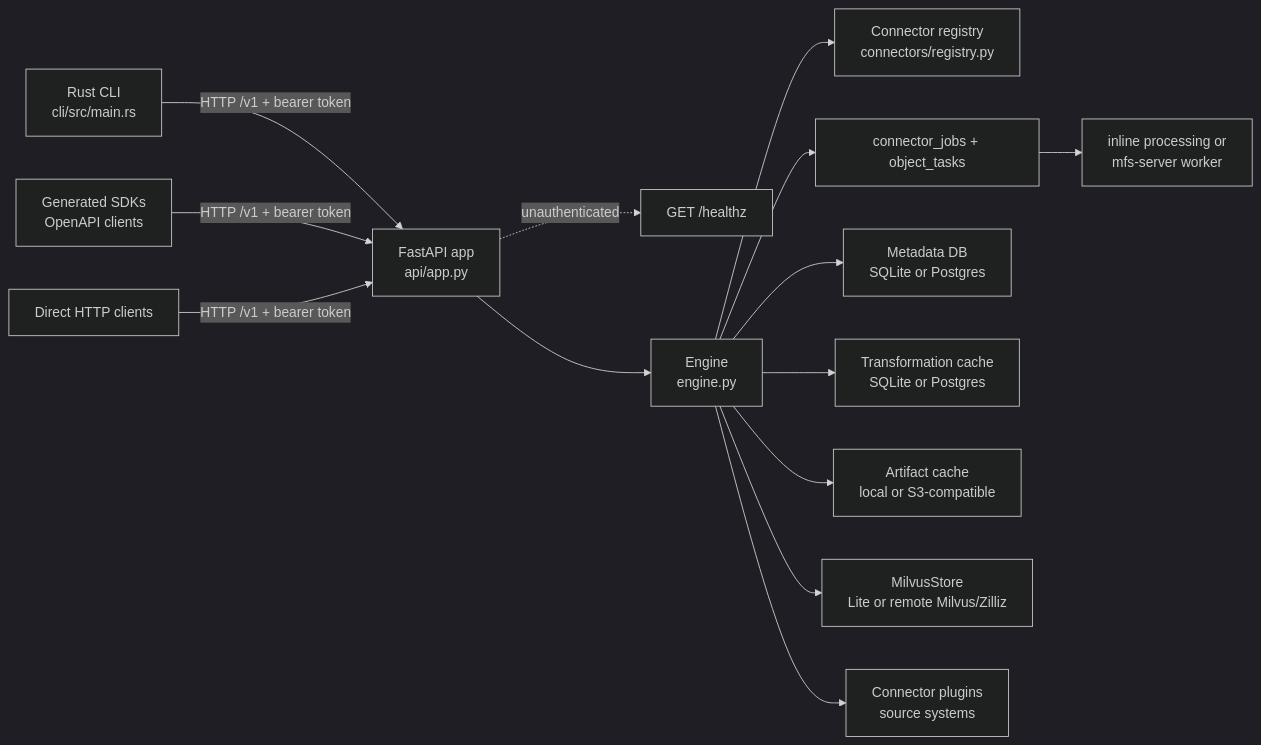
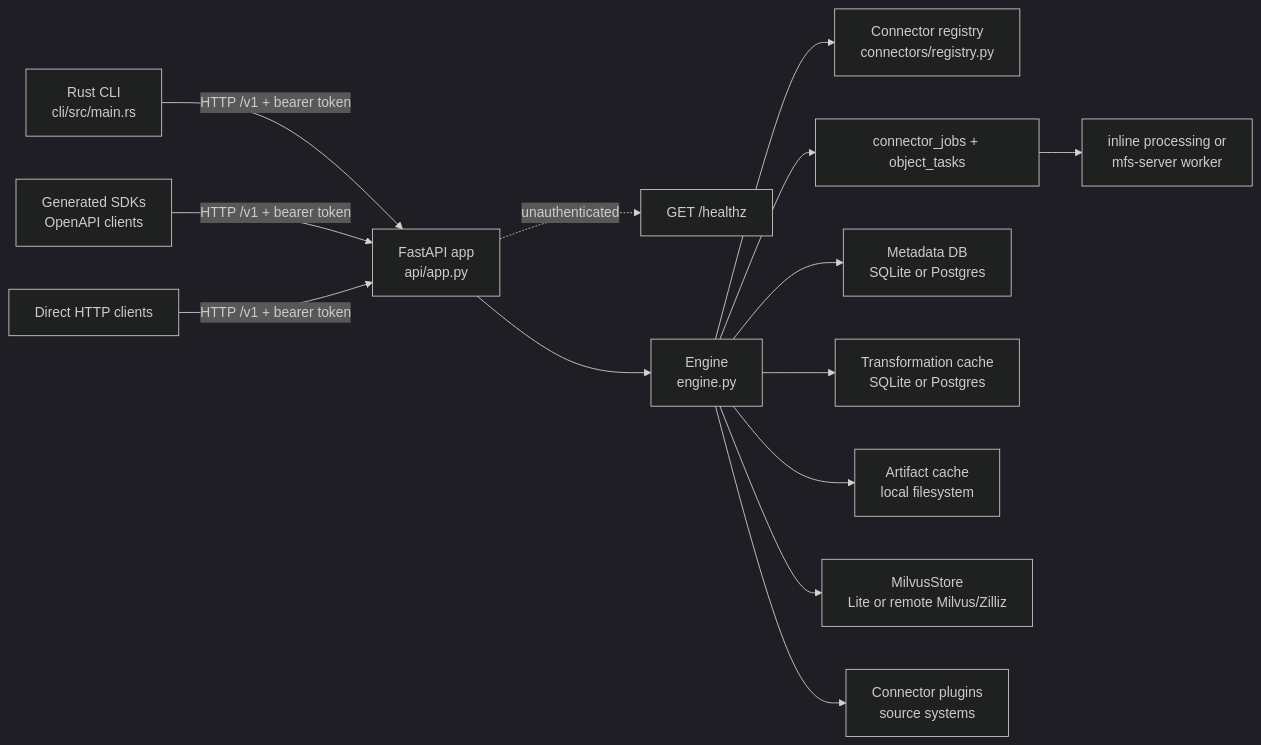
Before and after one commit to zilliztech/mfs: the diagram in docs/server.md, drawn with Mermaid (dark theme). The commit also changed other lines of this file and 15 other files, not shown here.

First line of the commit message:
artifact cache: drop the S3 backend, local filesystem only

````diff
--- a/docs/server.md
+++ b/docs/server.md
@@ -42,21 +42,21 @@
 ```mermaid
 flowchart LR
   cli["Rust CLI<br/>cli/src/main.rs"]
   sdk["Generated SDKs<br/>OpenAPI clients"]
   http["Direct HTTP clients"]
 
   cli -->|HTTP /v1 + bearer token| api["FastAPI app<br/>api/app.py"]
   sdk -->|HTTP /v1 + bearer token| api
   http -->|HTTP /v1 + bearer token| api
   api -.->|unauthenticated| health["GET /healthz"]
 
   api --> engine["Engine<br/>engine.py"]
   engine --> registry["Connector registry<br/>connectors/registry.py"]
   engine --> jobs["connector_jobs + object_tasks"]
   jobs --> worker["inline processing or<br/>mfs-server worker"]
   engine --> metadata["Metadata DB<br/>SQLite or Postgres"]
   engine --> txcache["Transformation cache<br/>SQLite or Postgres"]
-  engine --> artifacts["Artifact cache<br/>local or S3-compatible"]
+  engine --> artifacts["Artifact cache<br/>local filesystem"]
   engine --> milvus["MilvusStore<br/>Lite or remote Milvus/Zilliz"]
   engine --> source["Connector plugins<br/>source systems"]
 ```
````
